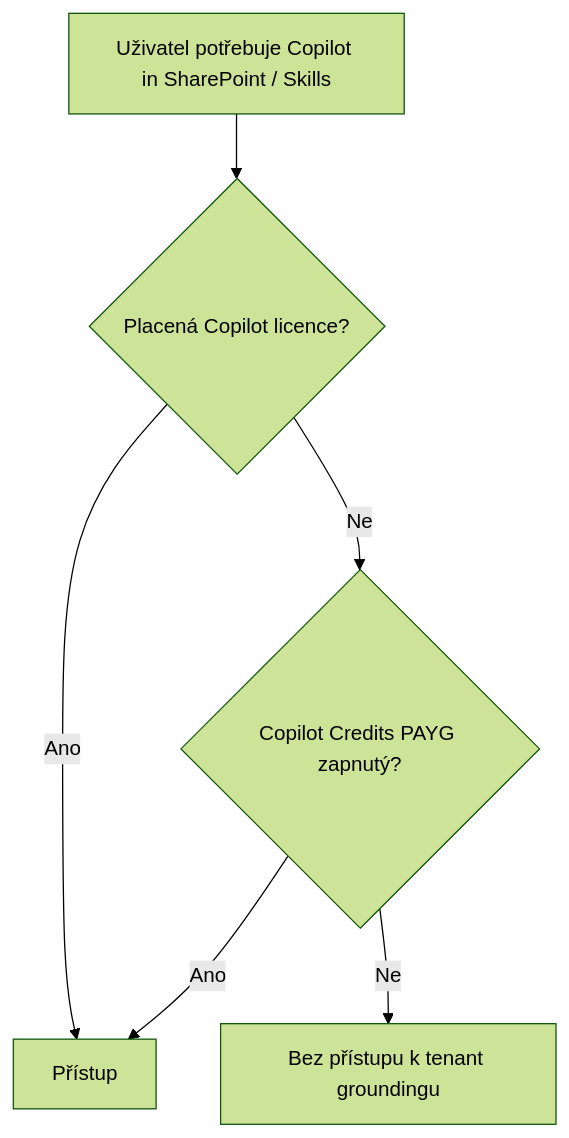
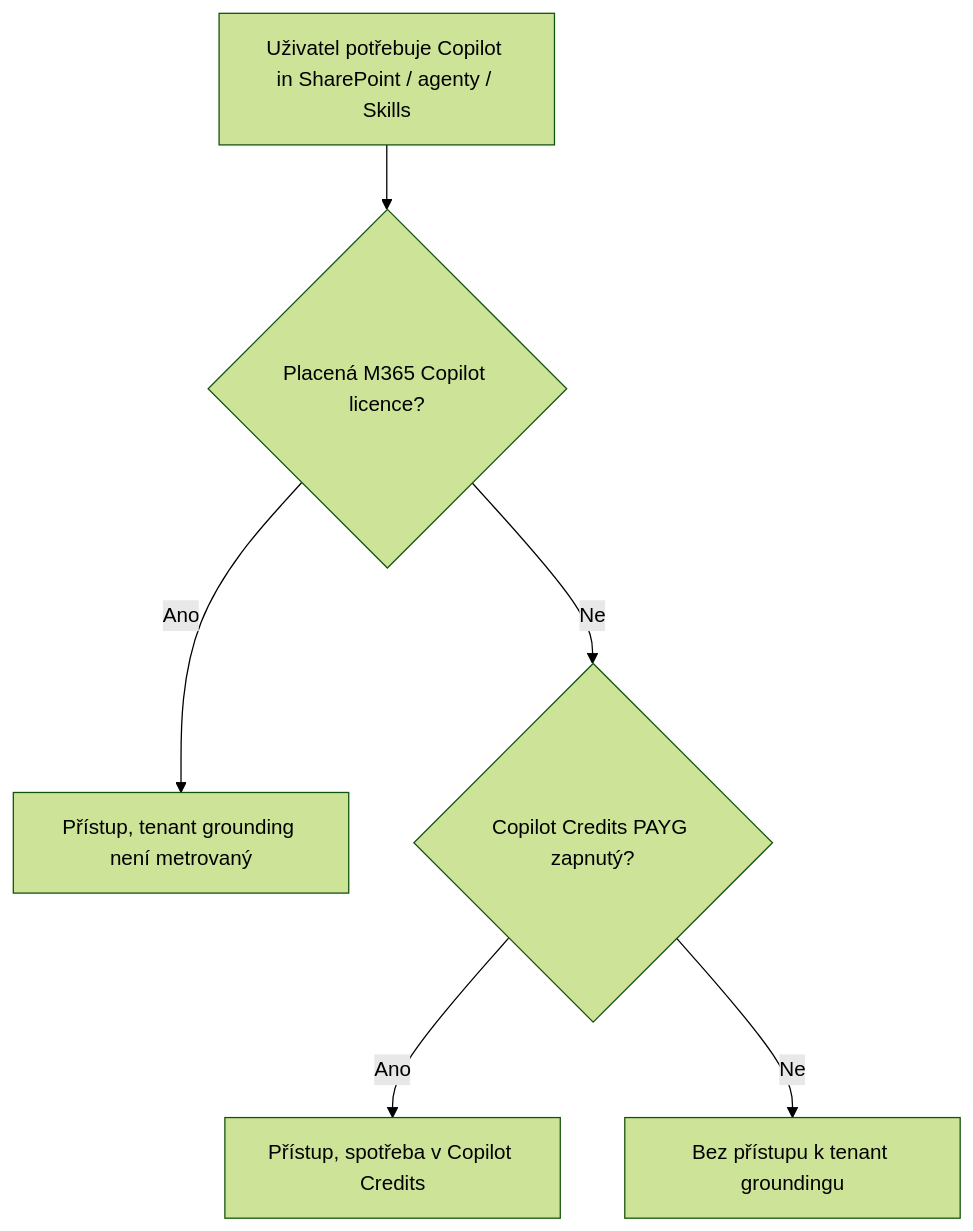
One commit to MalasekPetr/gopas-goc224 changed the diagram in day-1/licensing/README.md. Above: the diagram before and after it, drawn with Mermaid (forest theme). The commit also changed other lines of this file and 31 other files, not shown here.

````diff
--- a/day-1/licensing/README.md
+++ b/day-1/licensing/README.md
@@ -17,9 +59,8 @@
 ```mermaid
-%% TODO: diagram — licenční decision flow
 flowchart TD
-  Start[Uživatel potřebuje Copilot in SharePoint / Skills] --> Q1{Placená Copilot licence?}
-  Q1 -->|Ano| OK[Přístup]
+  Start[Uživatel potřebuje Copilot in SharePoint / agenty / Skills] --> Q1{Placená M365 Copilot licence?}
+  Q1 -->|Ano| OK[Přístup, tenant grounding není metrovaný]
   Q1 -->|Ne| Q2{Copilot Credits PAYG zapnutý?}
-  Q2 -->|Ano| OK
+  Q2 -->|Ano| Metered[Přístup, spotřeba v Copilot Credits]
   Q2 -->|Ne| No[Bez přístupu k tenant groundingu]
 ```
````
